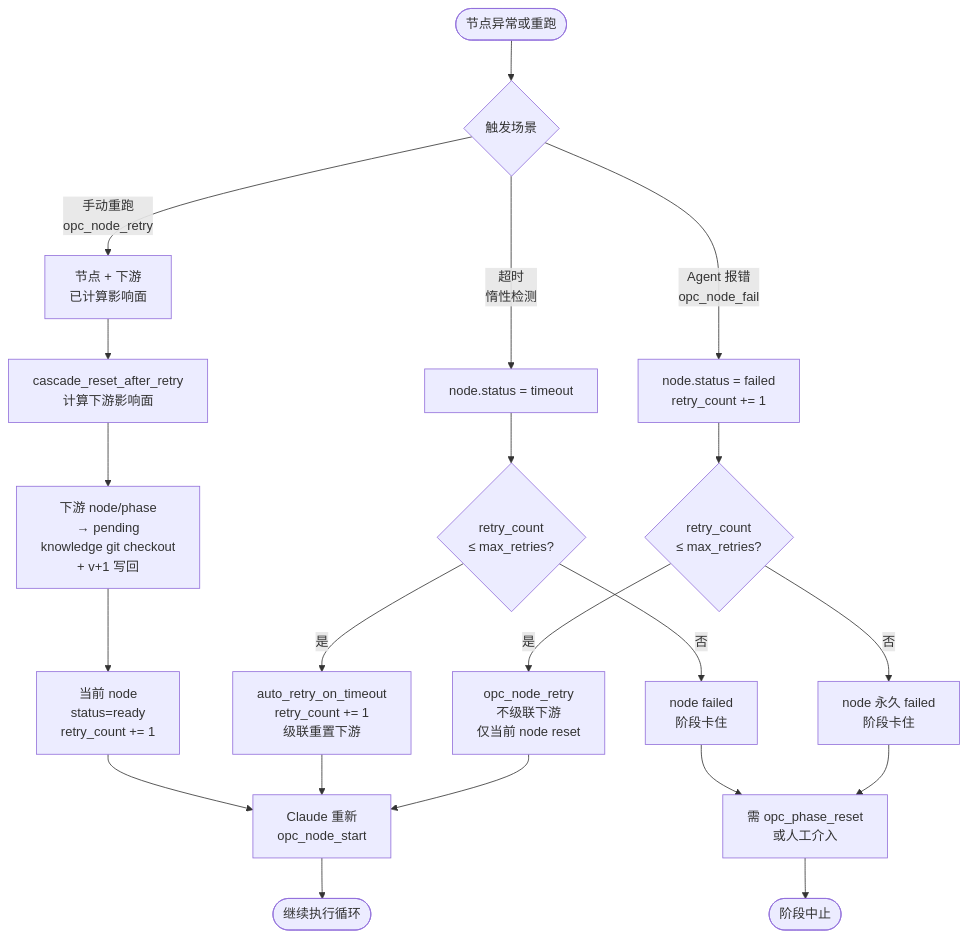
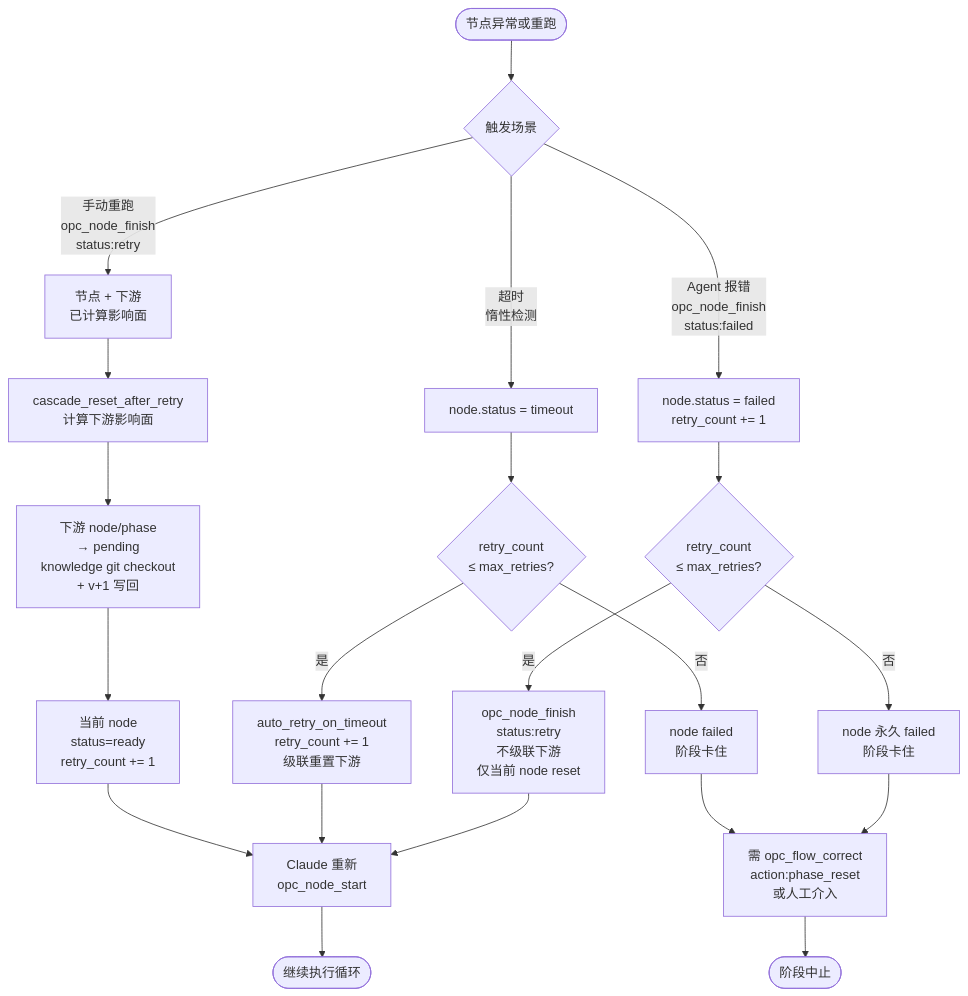
Before and after one commit to CaffeineOddity/opc-marketplace: the second of 2 diagrams in doc/feature/02-opc-state-server/04-node/00_overview.md, drawn with Mermaid. The commit also changed other lines of this file and 19 other files, not shown here.

First line of the commit message:
docs(M17.i): rewrite 02-pipeline + 03-phase + 04-node for consolidated tool surface

````diff
--- a/doc/feature/02-opc-state-server/04-node/00_overview.md
+++ b/doc/feature/02-opc-state-server/04-node/00_overview.md
@@ -68,30 +68,30 @@
 ```mermaid
 flowchart TD
     Start([节点异常或重跑]) --> Type{触发场景}
 
-    Type -->|Agent 报错<br/>opc_node_fail| AF[node.status = failed<br/>retry_count += 1]
+    Type -->|Agent 报错<br/>opc_node_finish<br/>status:failed| AF[node.status = failed<br/>retry_count += 1]
     Type -->|超时<br/>惰性检测| TO[node.status = timeout]
-    Type -->|手动重跑<br/>opc_node_retry| MR[节点 + 下游<br/>已计算影响面]
+    Type -->|手动重跑<br/>opc_node_finish<br/>status:retry| MR[节点 + 下游<br/>已计算影响面]
 
     AF --> AFR{retry_count<br/>≤ max_retries?}
-    AFR -->|是| AFRetry[opc_node_retry<br/>不级联下游<br/>仅当前 node reset]
+    AFR -->|是| AFRetry[opc_node_finish<br/>status:retry<br/>不级联下游<br/>仅当前 node reset]
     AFR -->|否| AFFail[node 永久 failed<br/>阶段卡住]
 
     TO --> TOR{retry_count<br/>≤ max_retries?}
     TOR -->|是| AutoRetry[auto_retry_on_timeout<br/>retry_count += 1<br/>级联重置下游]
     TOR -->|否| TOFail[node failed<br/>阶段卡住]
 
     MR --> Cascade[cascade_reset_after_retry<br/>计算下游影响面]
     Cascade --> ResetDown[下游 node/phase<br/>→ pending<br/>knowledge git checkout<br/>+ v+1 写回]
     ResetDown --> Restart[当前 node<br/>status=ready<br/>retry_count += 1]
 
     AFRetry --> Resume[Claude 重新<br/>opc_node_start]
     AutoRetry --> Resume
     Restart --> Resume
 
-    AFFail --> NeedFix[需 opc_phase_reset<br/>或人工介入]
+    AFFail --> NeedFix[需 opc_flow_correct<br/>action:phase_reset<br/>或人工介入]
     TOFail --> NeedFix
 
     Resume --> EndR([继续执行循环])
     NeedFix --> EndF([阶段中止])
 ```
````
